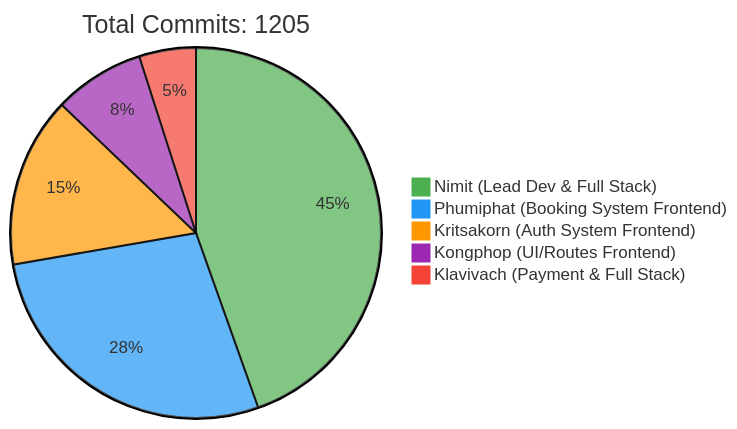
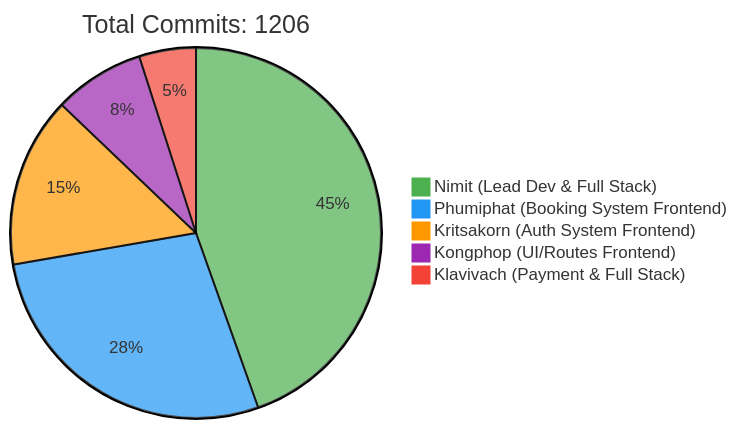
One commit to 6531503042/Sport-Complex changed the first of 2 diagrams in README.md. Above: the diagram before and after it, drawn with Mermaid. The commit also changed other lines of this file, not shown here.

Commit message:
docs: Update contributor statistics [skip ci]

````diff
--- a/README.md
+++ b/README.md
@@ -257,10 +257,10 @@
 ```mermaid
 %%{init: {'theme': 'base', 'themeVariables': { 'pie1': '#4CAF50', 'pie2': '#2196F3', 'pie3': '#FF9800', 'pie4': '#9C27B0', 'pie5': '#F44336'}}}%%
 pie
-    title Total Commits: 1205
+    title Total Commits: 1206
     "Nimit (Lead Dev & Full Stack)" : 450
     "Phumiphat (Booking System Frontend)" : 280
     "Kritsakorn (Auth System Frontend)" : 150
     "Kongphop (UI/Routes Frontend)" : 80
     "Klavivach (Payment & Full Stack)" : 50
 ```
````
